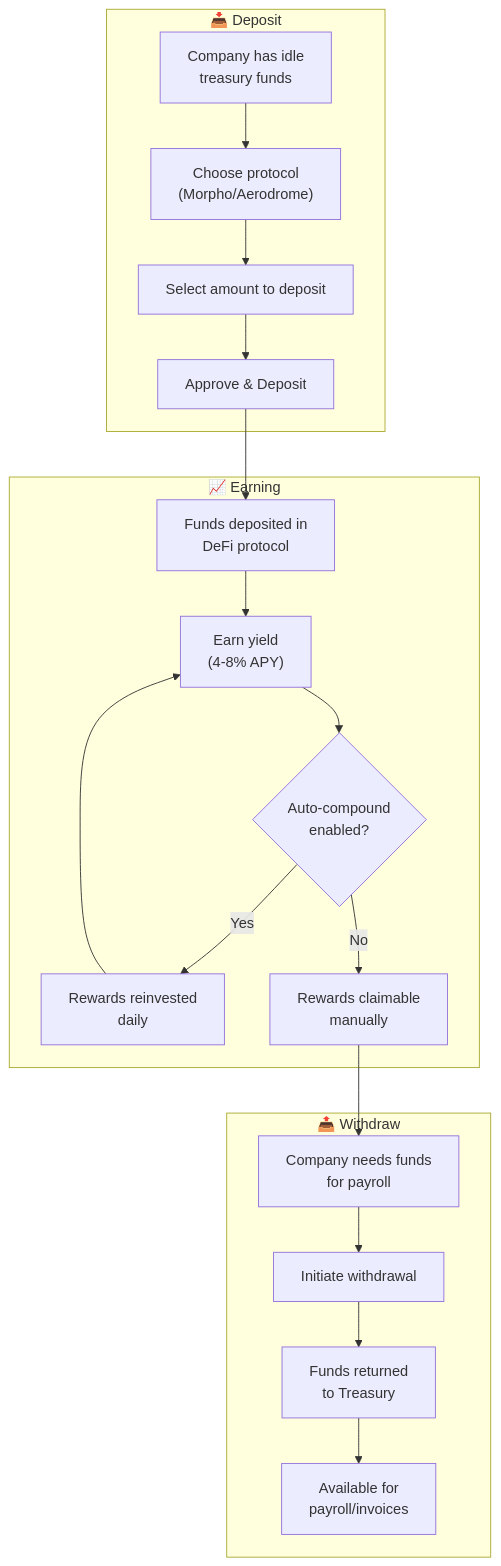
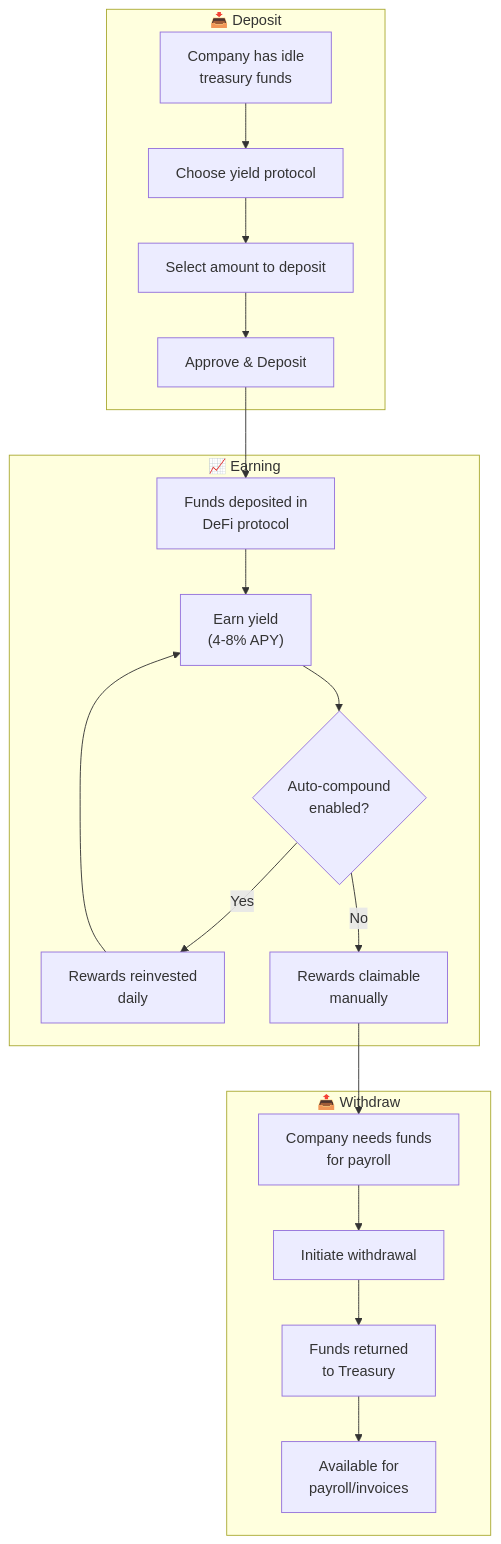
One commit to unclekaldoteth/cheqq changed the fifth of 10 diagrams in excalidraw-flow-chart/payfi_flowcharts.md. Above: the diagram before and after it, drawn with Mermaid. The commit also changed other lines of this file and 110 other files, not shown here.

````diff
--- a/excalidraw-flow-chart/payfi_flowcharts.md
+++ b/excalidraw-flow-chart/payfi_flowcharts.md
@@ -143,25 +138,25 @@
 ```mermaid
 flowchart TB
     subgraph Deposit["📥 Deposit"]
-        A1["Company has idle\ntreasury funds"] --> A2["Choose protocol\n(Morpho/Aerodrome)"]
+        A1["Company has idle\ntreasury funds"] --> A2["Choose yield protocol"]
         A2 --> A3["Select amount to deposit"]
         A3 --> A4["Approve & Deposit"]
     end
 
     subgraph Earn["📈 Earning"]
         B1["Funds deposited in\nDeFi protocol"] --> B2["Earn yield\n(4-8% APY)"]
         B2 --> B3{"Auto-compound\nenabled?"}
         B3 -->|Yes| B4["Rewards reinvested\ndaily"]
         B3 -->|No| B5["Rewards claimable\nmanually"]
         B4 --> B2
     end
 
     subgraph Withdraw["📤 Withdraw"]
         C1["Company needs funds\nfor payroll"] --> C2["Initiate withdrawal"]
         C2 --> C3["Funds returned\nto Treasury"]
         C3 --> C4["Available for\npayroll/invoices"]
     end
 
     A4 --> B1
     B5 --> C1
 ```
````
